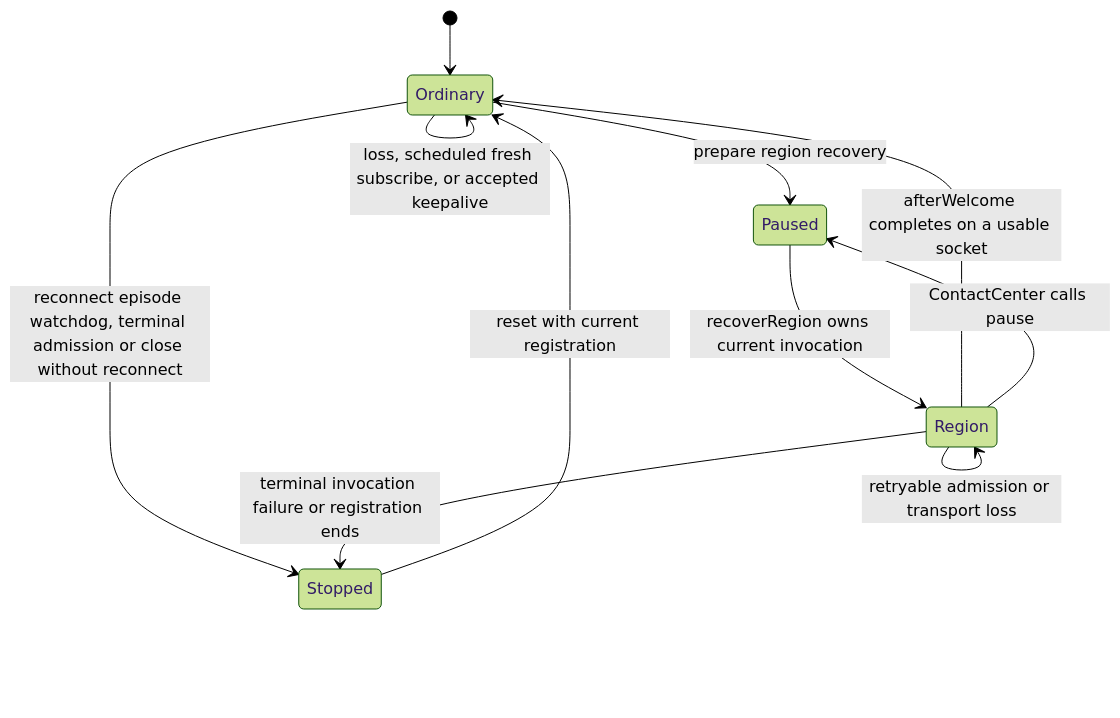
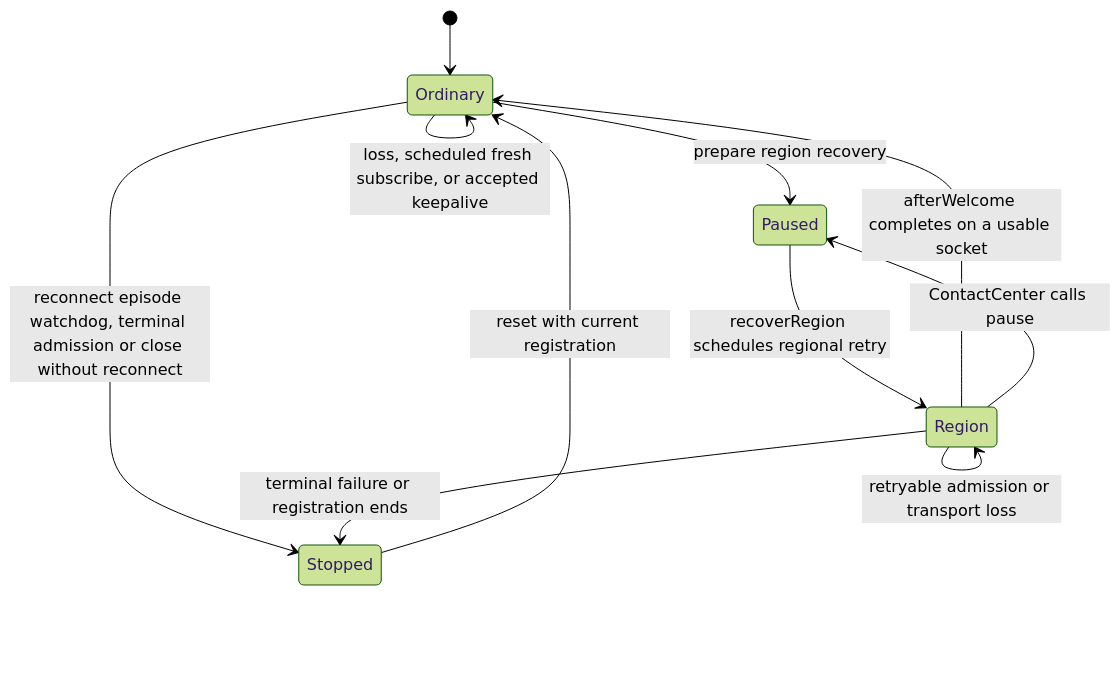
Before and after one commit to webex/webex-js-sdk: the sixth of 7 diagrams in packages/@webex/contact-center/src/services/core/docs/README.md, drawn with Mermaid (forest theme). The commit also changed other lines of this file and 6 other files, not shown here.

Commit message:
refactor(contact-center): remove regional recovery invocation wrapper

````diff
--- a/packages/@webex/contact-center/src/services/core/docs/README.md
+++ b/packages/@webex/contact-center/src/services/core/docs/README.md
@@ -581,13 +584,13 @@
 ```mermaid
 stateDiagram-v2
   [*] --> Ordinary
   Ordinary --> Ordinary: loss, scheduled fresh subscribe, or accepted keepalive
   Ordinary --> Paused: prepare region recovery
-  Paused --> Region: recoverRegion owns current invocation
+  Paused --> Region: recoverRegion schedules regional retry
   Region --> Region: retryable admission or transport loss
   Region --> Ordinary: afterWelcome completes on a usable socket
   Region --> Paused: ContactCenter calls pause
   Ordinary --> Stopped: reconnect episode watchdog, terminal admission or close without reconnect
-  Region --> Stopped: terminal invocation failure or registration ends
+  Region --> Stopped: terminal failure or registration ends
   Stopped --> Ordinary: reset with current registration
 ```
````
